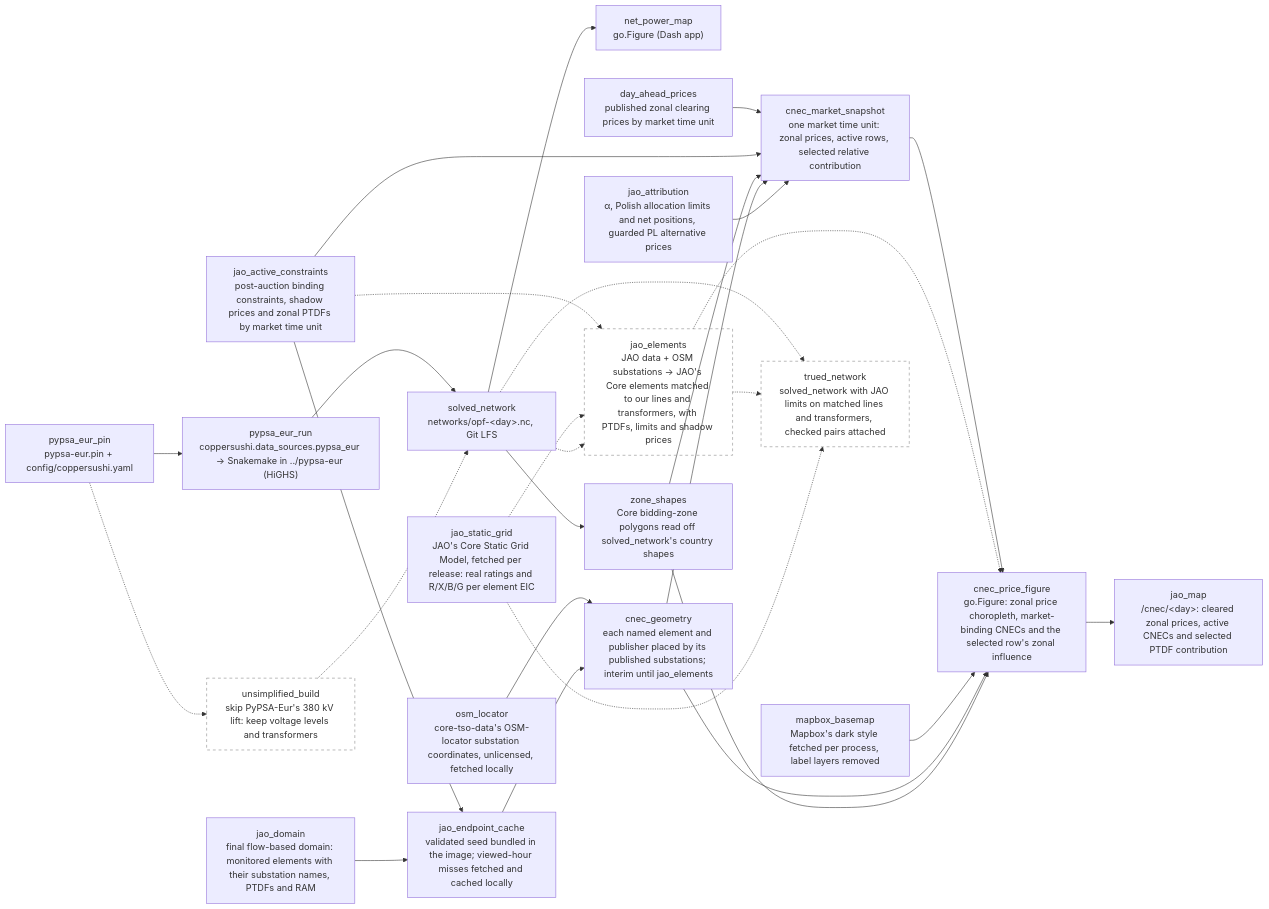
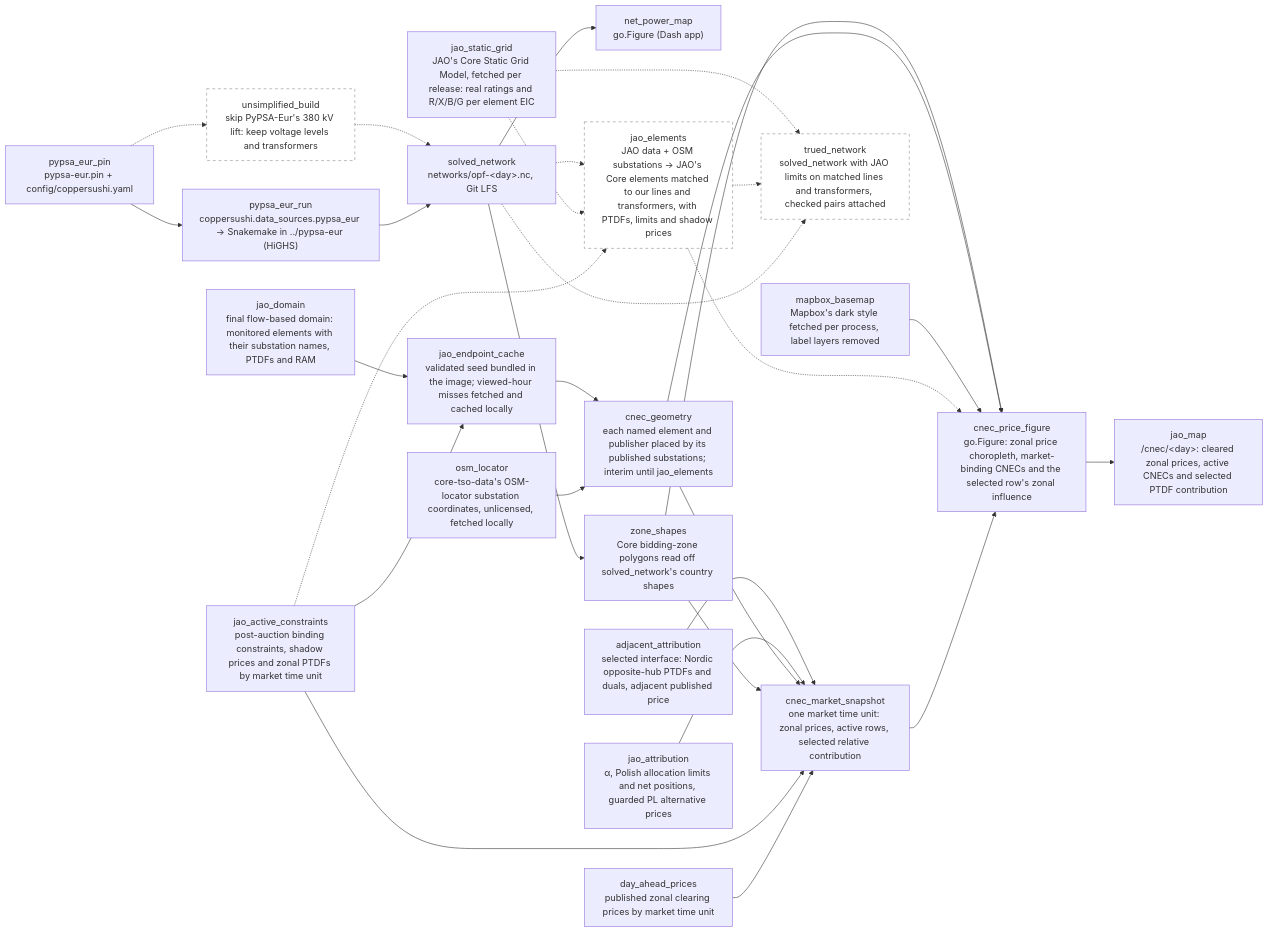
One commit to zoltanmaric/coppersushi changed the diagram in wiki/sushi-2.md. Above: the diagram before and after it, drawn with Mermaid. The commit also changed 14 other files, not shown here.

````diff
--- a/wiki/sushi-2.md
+++ b/wiki/sushi-2.md
@@ -17,56 +17,58 @@
 ```mermaid
 flowchart LR
     classDef planned stroke-dasharray: 5 5,stroke:#888,fill:none
 
     net_power_map["net_power_map<br/>go.Figure (Dash app)"]
 
     pypsa_eur_pin["pypsa_eur_pin<br/>pypsa-eur.pin + config/coppersushi.yaml"]
     pypsa_eur_run["pypsa_eur_run<br/>coppersushi.data_sources.pypsa_eur → Snakemake in ../pypsa-eur (HiGHS)"]
     solved_network["solved_network<br/>networks/opf-&lt;day&gt;.nc, Git LFS"]
     jao_active_constraints["jao_active_constraints<br/>post-auction binding constraints, shadow prices and zonal PTDFs by market time unit"]
+    adjacent_attribution["adjacent_attribution<br/>selected interface: Nordic opposite-hub PTDFs and duals, adjacent published price"]
     jao_attribution["jao_attribution<br/>α, Polish allocation limits and net positions, guarded PL alternative prices"]
     jao_domain["jao_domain<br/>final flow-based domain: monitored elements with their substation names, PTDFs and RAM"]
     jao_endpoint_cache["jao_endpoint_cache<br/>validated seed bundled in the image; viewed-hour misses fetched and cached locally"]
     osm_locator["osm_locator<br/>core-tso-data's OSM-locator substation coordinates, unlicensed, fetched locally"]
     cnec_geometry["cnec_geometry<br/>each named element and publisher placed by its published substations; interim until jao_elements"]
     zone_shapes["zone_shapes<br/>Core bidding-zone polygons read off solved_network's country shapes"]
     mapbox_basemap["mapbox_basemap<br/>Mapbox's dark style fetched per process, label layers removed"]
 
     jao_static_grid["jao_static_grid<br/>JAO's Core Static Grid Model, fetched per release: real ratings and R/X/B/G per element EIC"]
 
     unsimplified["unsimplified_build<br/>skip PyPSA-Eur's 380 kV lift: keep voltage levels and transformers"]:::planned
     jao_elements["jao_elements<br/>JAO data + OSM substations → JAO's Core elements matched to our lines and transformers, with PTDFs, limits and shadow prices"]:::planned
     day_ahead_prices["day_ahead_prices<br/>published zonal clearing prices by market time unit"]
     cnec_market_snapshot["cnec_market_snapshot<br/>one market time unit: zonal prices, active rows, selected relative contribution"]
     cnec_price_figure["cnec_price_figure<br/>go.Figure: zonal price choropleth, market-binding CNECs and the selected row's zonal influence"]
     jao_map["jao_map<br/>/cnec/&lt;day&gt;: cleared zonal prices, active CNECs and selected PTDF contribution"]
     trued_network["trued_network<br/>solved_network with JAO limits on matched lines and transformers, checked pairs attached"]:::planned
 
     pypsa_eur_pin --> pypsa_eur_run
     pypsa_eur_pin -.-> unsimplified
     unsimplified -.-> solved_network
     pypsa_eur_run --> solved_network
     solved_network --> net_power_map
     solved_network --> zone_shapes
     zone_shapes --> cnec_price_figure
     jao_domain --> jao_endpoint_cache
     jao_active_constraints --> jao_endpoint_cache
     jao_endpoint_cache --> cnec_geometry
     osm_locator --> cnec_geometry
     cnec_geometry --> cnec_price_figure
     mapbox_basemap --> cnec_price_figure
     solved_network -.-> jao_elements
     jao_static_grid -.-> jao_elements
     jao_static_grid -.-> trued_network
     jao_active_constraints -.-> jao_elements
+    adjacent_attribution --> cnec_market_snapshot
     jao_attribution --> cnec_market_snapshot
     cnec_geometry --> cnec_market_snapshot
     zone_shapes --> cnec_market_snapshot
     jao_active_constraints --> cnec_market_snapshot
     day_ahead_prices --> cnec_market_snapshot
     jao_elements -.-> cnec_price_figure
     cnec_market_snapshot --> cnec_price_figure
     cnec_price_figure --> jao_map
     jao_elements -.-> trued_network
     solved_network -.-> trued_network
 ```
````
